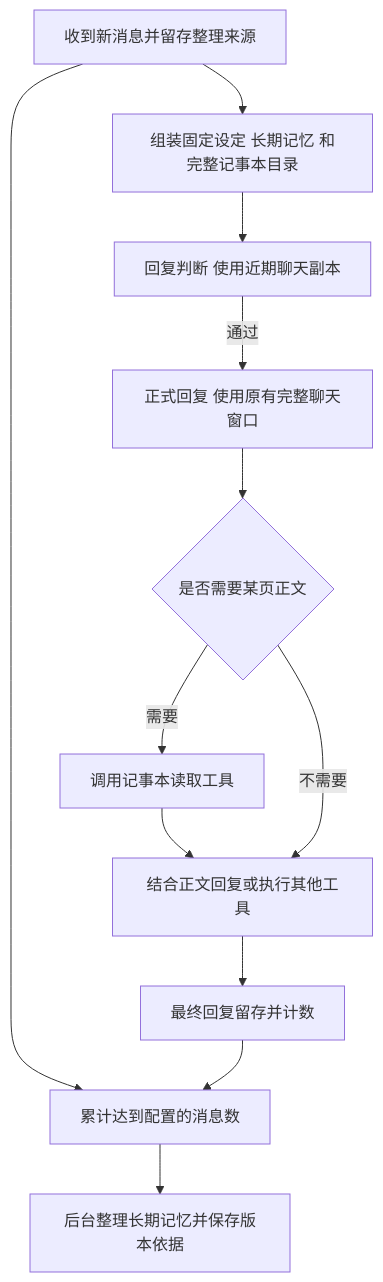
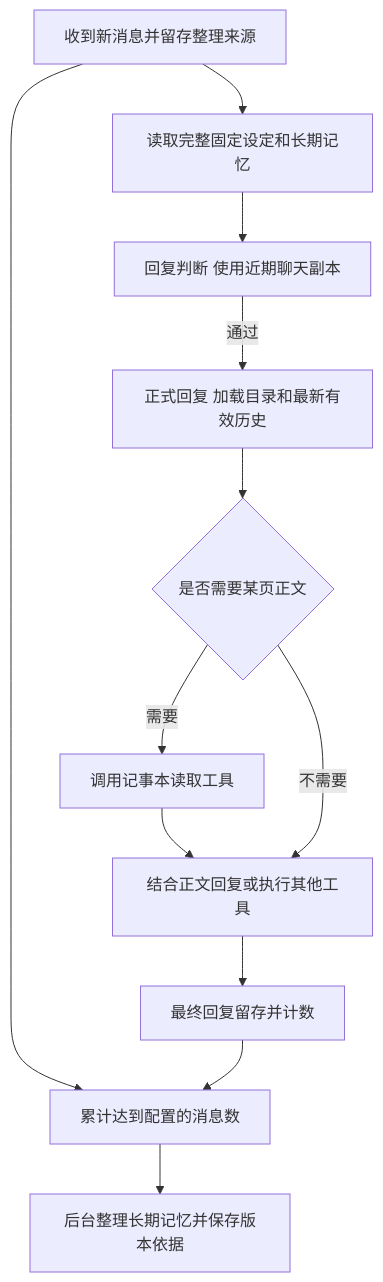
The diagram in docs/memory-notebook-plan.md (littleApricot/astrbot_plugin_self_prompt), drawn with Mermaid before and after one commit. The commit also changed other lines of this file and 9 other files, not shown here.

````diff
--- a/docs/memory-notebook-plan.md
+++ b/docs/memory-notebook-plan.md
@@ -33,14 +33,14 @@
 ```mermaid
 flowchart TD
-    A[收到新消息并留存整理来源] --> B[组装固定设定 长期记忆 和完整记事本目录]
+    A[收到新消息并留存整理来源] --> B[读取完整固定设定和长期记忆]
     B --> C[回复判断 使用近期聊天副本]
-    C -->|通过| D[正式回复 使用原有完整聊天窗口]
+    C -->|通过| D[正式回复 加载目录和最新有效历史]
     D --> E{是否需要某页正文}
     E -->|需要| F[调用记事本读取工具]
     F --> G[结合正文回复或执行其他工具]
     E -->|不需要| G
     A --> H[累计达到配置的消息数]
     G --> J[最终回复留存并计数]
     J --> H
     H --> I[后台整理长期记忆并保存版本依据]
 ```
````
